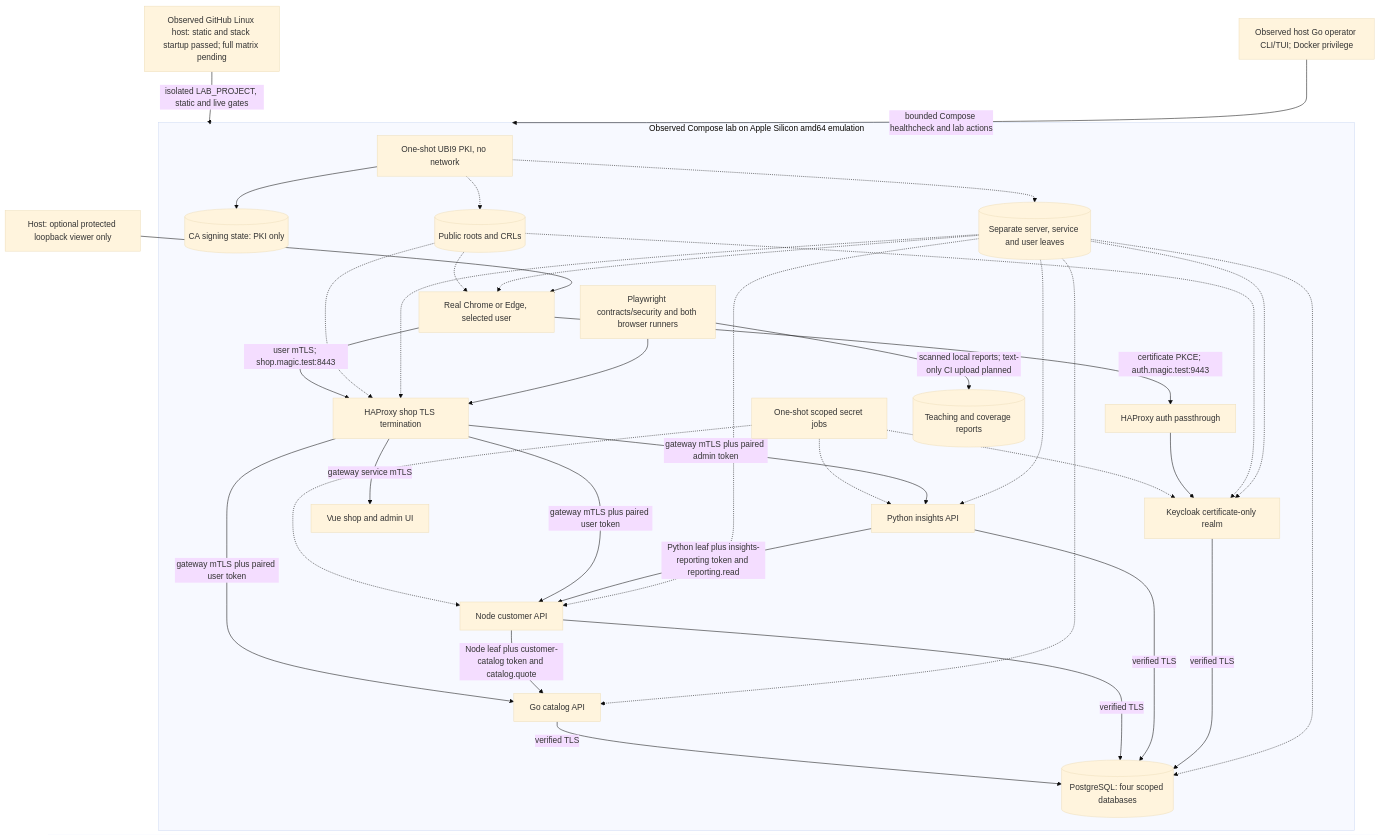
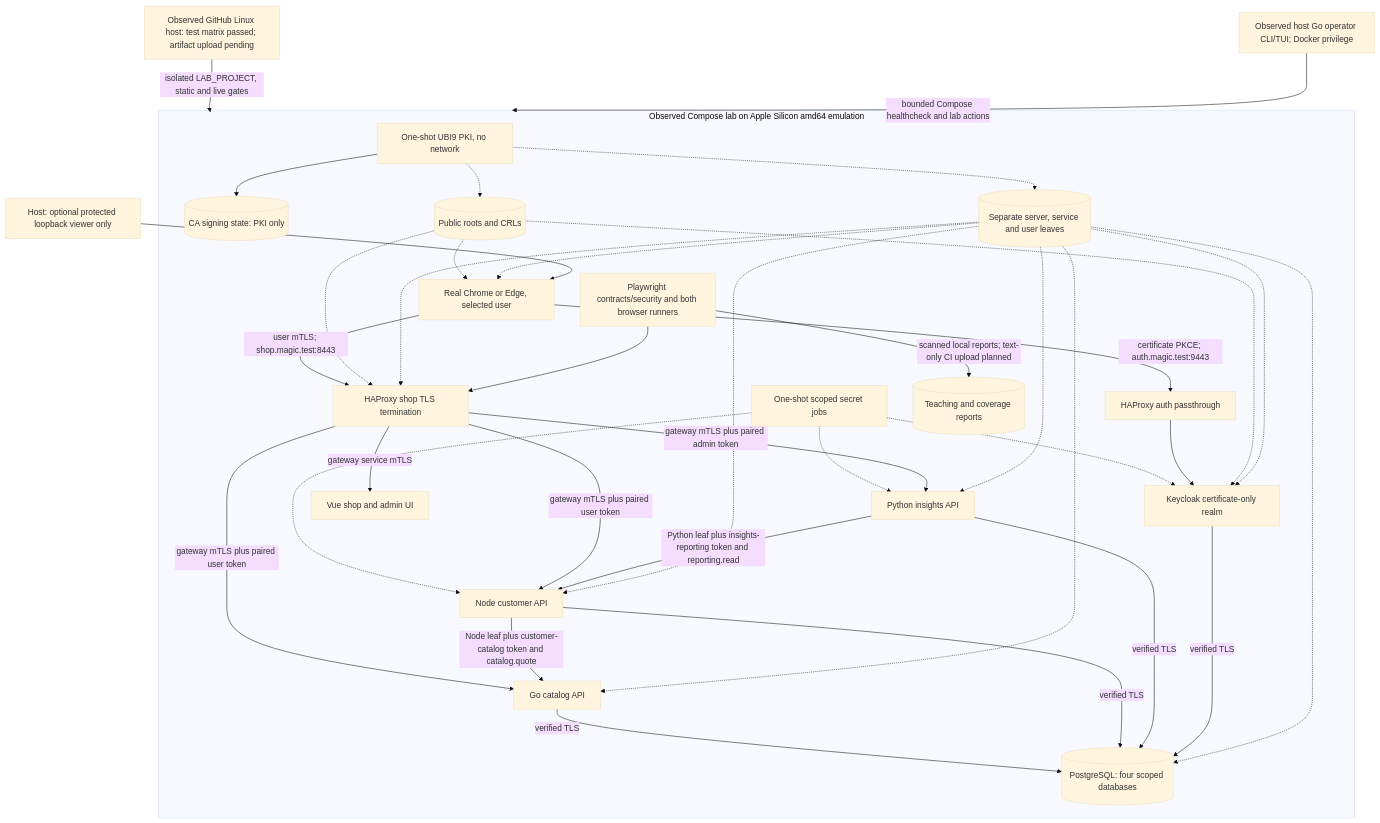
The first of 3 diagrams in docs/architecture.md (orieken/testing-with-certs), drawn with Mermaid (base theme) before and after one commit. The commit also changed other lines of this file and 10 other files, not shown here.

````diff
--- a/docs/architecture.md
+++ b/docs/architecture.md
@@ -11,39 +11,39 @@
 ```mermaid
 flowchart TB
-  CI["Observed GitHub Linux host: static and stack startup passed; full matrix pending"] -->|"isolated LAB_PROJECT, static and live gates"| Lab
+  CI["Observed GitHub Linux host: test matrix passed; artifact upload pending"] -->|"isolated LAB_PROJECT, static and live gates"| Lab
   Operator["Observed host Go operator CLI/TUI; Docker privilege"] -->|"bounded Compose healthcheck and lab actions"| Lab
   subgraph Lab["Observed Compose lab on Apple Silicon amd64 emulation"]
     PKI["One-shot UBI9 PKI, no network"] --> CA[("CA signing state: PKI only")]
     PKI -.-> Trust[("Public roots and CRLs")]
     PKI -.-> Leaves[("Separate server, service and user leaves")]
     Secrets["One-shot scoped secret jobs"] -.-> KC["Keycloak certificate-only realm"]
     Secrets -.-> Node["Node customer API"]
     Secrets -.-> Python["Python insights API"]
     Browser["Real Chrome or Edge, selected user"] -->|"user mTLS; shop.magic.test:8443"| HA["HAProxy shop TLS termination"]
     Browser -->|"certificate PKCE; auth.magic.test:9443"| Tunnel["HAProxy auth passthrough"]
     Tunnel --> KC
     HA -->|"gateway service mTLS"| UI["Vue shop and admin UI"]
     HA -->|"gateway mTLS plus paired user token"| Go["Go catalog API"]
     HA -->|"gateway mTLS plus paired user token"| Node
     HA -->|"gateway mTLS plus paired admin token"| Python
     Node -->|"Node leaf plus customer-catalog token and catalog.quote"| Go
     Python -->|"Python leaf plus insights-reporting token and reporting.read"| Node
     Go -->|"verified TLS"| DB[("PostgreSQL: four scoped databases")]
     Node -->|"verified TLS"| DB
     Python -->|"verified TLS"| DB
     KC -->|"verified TLS"| DB
     Trust -.-> Browser
     Trust -.-> HA
     Trust -.-> KC
     Leaves -.-> Browser
     Leaves -.-> HA
     Leaves -.-> KC
     Leaves -.-> Go
     Leaves -.-> Node
     Leaves -.-> Python
     Leaves -.-> DB
     Tests["Playwright contracts/security and both browser runners"] --> HA
     Tests -->|"scanned local reports; text-only CI upload planned"| Reports[("Teaching and coverage reports")]
   end
   Host["Host: optional protected loopback viewer only"] --> Browser
 ```
````
